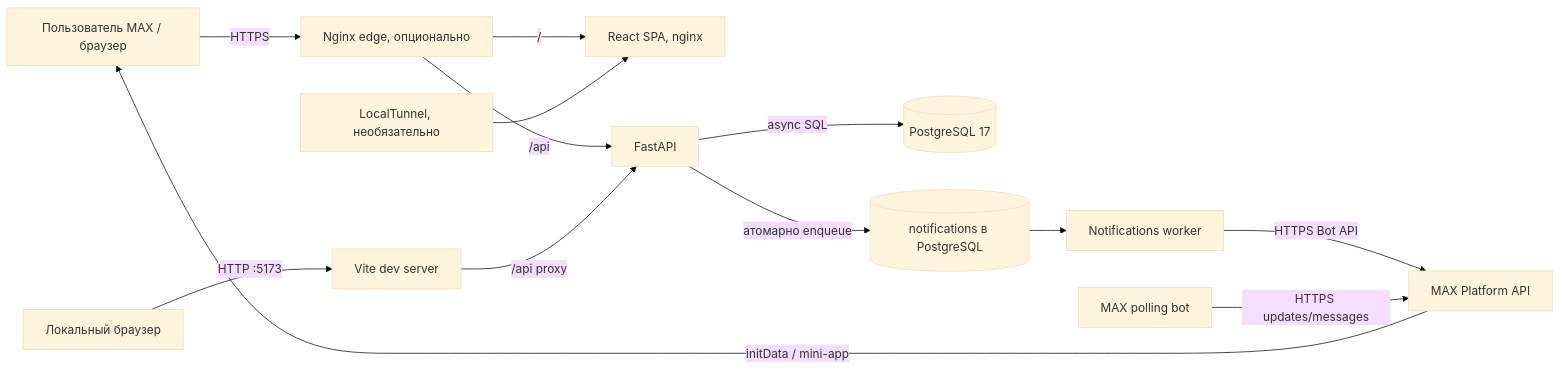
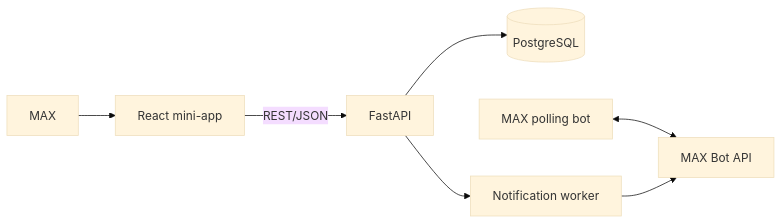
Before and after one commit to renvissvncee/MAXHACK-project: the diagram in README.md, drawn with Mermaid (base theme). The commit also changed other lines of this file and 9 other files, not shown here.

````diff
--- a/README.md
+++ b/README.md
@@ -9,15 +22,9 @@
 ```mermaid
 flowchart LR
-    User[Пользователь MAX / браузер] -->|HTTPS| Edge[Nginx edge, опционально]
-    Edge -->|/| Web[React SPA, nginx]
-    Edge -->|/api| API[FastAPI]
-    Browser[Локальный браузер] -->|HTTP :5173| Vite[Vite dev server]
-    Vite -->|/api proxy| API
-    API -->|async SQL| DB[(PostgreSQL 17)]
-    API -->|атомарно enqueue| Outbox[(notifications в PostgreSQL)]
-    Outbox --> Worker[Notifications worker]
-    Worker -->|HTTPS Bot API| MAX[MAX Platform API]
-    Poller[MAX polling bot] -->|HTTPS updates/messages| MAX
-    MAX -->|initData / mini-app| User
-    Tunnel[LocalTunnel, необязательно] --> Web
+    MAX[MAX] --> Web[React mini-app]
+    Web -->|REST/JSON| API[FastAPI]
+    API --> DB[(PostgreSQL)]
+    Bot[MAX polling bot] <--> MAXAPI[MAX Bot API]
+    Worker[Notification worker] --> MAXAPI
+    API --> Worker
 ```
````
